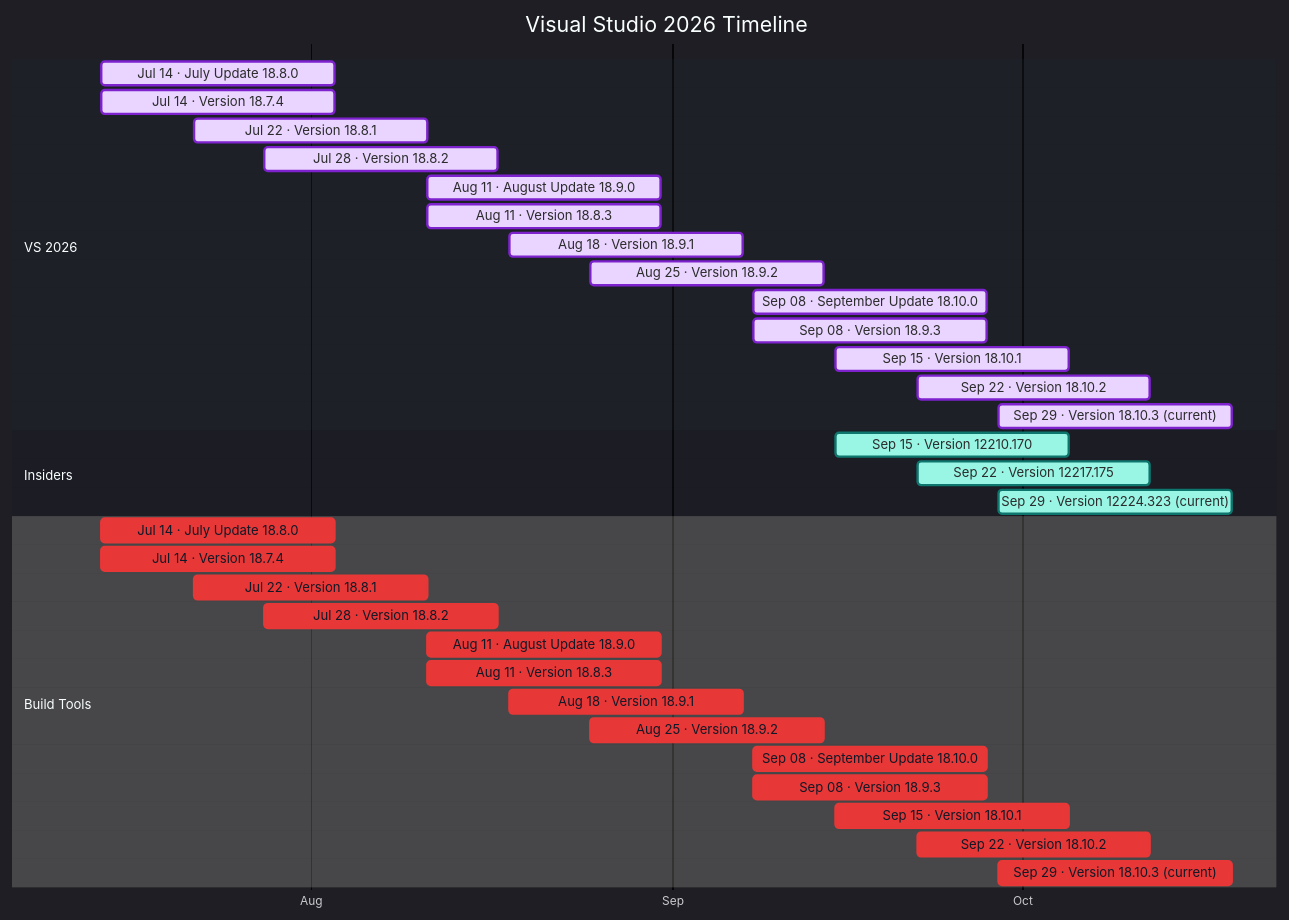
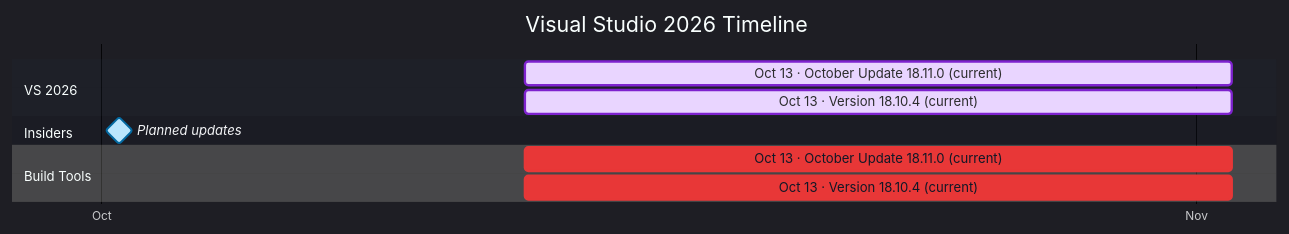
The diagram in docs/visual-studio-2026.md (Oxelya-DevTools/VisualStudioUpdate), drawn with Mermaid before and after one commit. The commit also changed other lines of this file and 3 other files, not shown here.

````diff
--- a/docs/visual-studio-2026.md
+++ b/docs/visual-studio-2026.md
@@ -9,40 +9,16 @@
 ```mermaid
 %%{init: {'theme':'dark','themeVariables': { 'fontFamily': 'Segoe UI', 'fontSize': '24px', 'textColor': '#F3F4F6', 'titleTextColor': '#FFFFFF', 'taskTextColor': '#111827', 'taskTextLightColor': '#111827', 'taskTextOutsideColor': '#F3F4F6', 'taskBkgColor': '#BAE6FD', 'taskBorderColor': '#0369A1', 'doneTaskBkgColor': '#E9D5FF', 'doneTaskBorderColor': '#7E22CE', 'activeTaskBkgColor': '#99F6E4', 'activeTaskBorderColor': '#0F766E', 'critTaskBkgColor': '#FED7AA', 'critTaskBorderColor': '#C2410C', 'sectionBkgColor': '#1F2937', 'altSectionBkgColor': '#111827', 'gridColor': '#4B5563', 'todayLineColor': '#F87171' }}}%%
 gantt
     title Visual Studio 2026 Timeline
     dateFormat  YYYY-MM-DD
     axisFormat  %b
     tickInterval 1month
     section VS 2026
-    Jul 14 · July Update 18.8.0 : done, vs2026202607140, 2026-07-14, 20d
-    Jul 14 · Version 18.7.4 : done, vs2026202607141, 2026-07-14, 20d
-    Jul 22 · Version 18.8.1 : done, vs2026202607222, 2026-07-22, 20d
-    Jul 28 · Version 18.8.2 : done, vs2026202607283, 2026-07-28, 20d
-    Aug 11 · August Update 18.9.0 : done, vs2026202608114, 2026-08-11, 20d
-    Aug 11 · Version 18.8.3 : done, vs2026202608115, 2026-08-11, 20d
-    Aug 18 · Version 18.9.1 : done, vs2026202608186, 2026-08-18, 20d
-    Aug 25 · Version 18.9.2 : done, vs2026202608257, 2026-08-25, 20d
-    Sep 08 · September Update 18.10.0 : done, vs2026202609088, 2026-09-08, 20d
-    Sep 08 · Version 18.9.3 : done, vs2026202609089, 2026-09-08, 20d
-    Sep 15 · Version 18.10.1 : done, vs20262026091510, 2026-09-15, 20d
-    Sep 22 · Version 18.10.2 : done, vs20262026092211, 2026-09-22, 20d
-    Sep 29 · Version 18.10.3 (current) : done, vs20262026092912, 2026-09-29, 20d
+    Oct 13 · October Update 18.11.0 (current) : done, vs2026202610130, 2026-10-13, 20d
+    Oct 13 · Version 18.10.4 (current) : done, vs2026202610131, 2026-10-13, 20d
     section Insiders
-    Sep 15 · Version 12210.170 : active, insiders202609150, 2026-09-15, 20d
-    Sep 22 · Version 12217.175 : active, insiders202609221, 2026-09-22, 20d
-    Sep 29 · Version 12224.323 (current) : active, insiders202609292, 2026-09-29, 20d
+    Planned updates : milestone, insidersplanned, 2026-10-01, 1d
     section Build Tools
-    Jul 14 · July Update 18.8.0 : crit, buildtools202607140, 2026-07-14, 20d
-    Jul 14 · Version 18.7.4 : crit, buildtools202607141, 2026-07-14, 20d
-    Jul 22 · Version 18.8.1 : crit, buildtools202607222, 2026-07-22, 20d
-    Jul 28 · Version 18.8.2 : crit, buildtools202607283, 2026-07-28, 20d
-    Aug 11 · August Update 18.9.0 : crit, buildtools202608114, 2026-08-11, 20d
-    Aug 11 · Version 18.8.3 : crit, buildtools202608115, 2026-08-11, 20d
-    Aug 18 · Version 18.9.1 : crit, buildtools202608186, 2026-08-18, 20d
-    Aug 25 · Version 18.9.2 : crit, buildtools202608257, 2026-08-25, 20d
-    Sep 08 · September Update 18.10.0 : crit, buildtools202609088, 2026-09-08, 20d
-    Sep 08 · Version 18.9.3 : crit, buildtools202609089, 2026-09-08, 20d
-    Sep 15 · Version 18.10.1 : crit, buildtools2026091510, 2026-09-15, 20d
-    Sep 22 · Version 18.10.2 : crit, buildtools2026092211, 2026-09-22, 20d
-    Sep 29 · Version 18.10.3 (current) : crit, buildtools2026092912, 2026-09-29, 20d
+    Oct 13 · October Update 18.11.0 (current) : crit, buildtools202610130, 2026-10-13, 20d
+    Oct 13 · Version 18.10.4 (current) : crit, buildtools202610131, 2026-10-13, 20d
 ```
````
